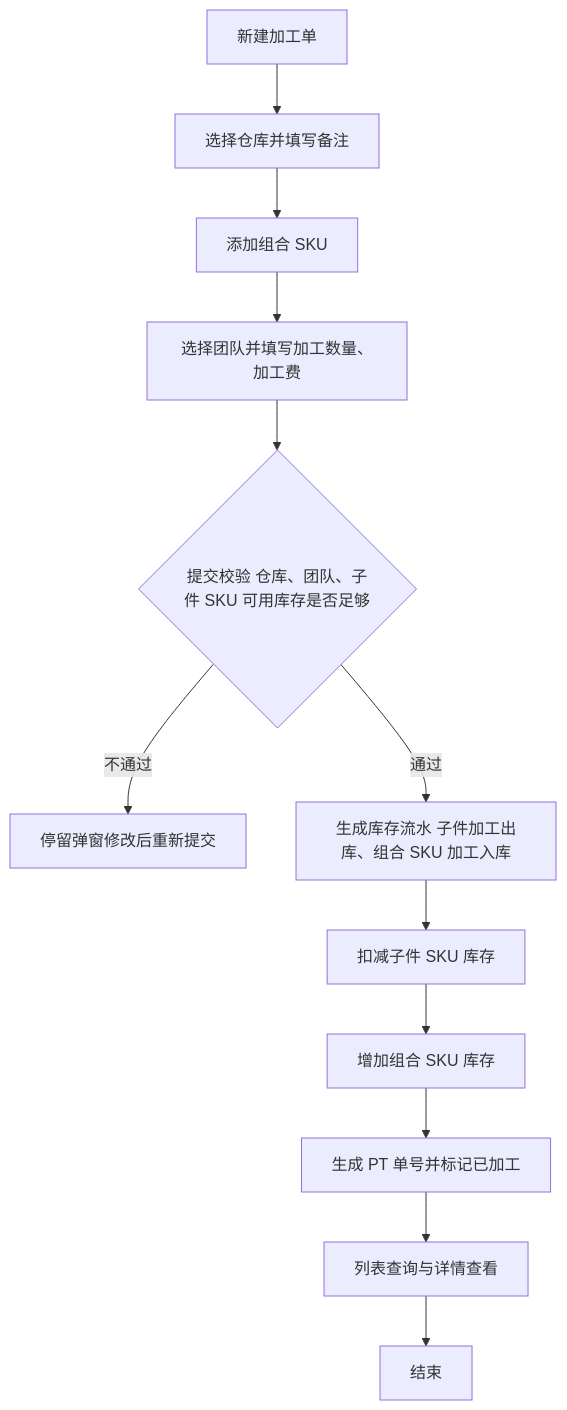
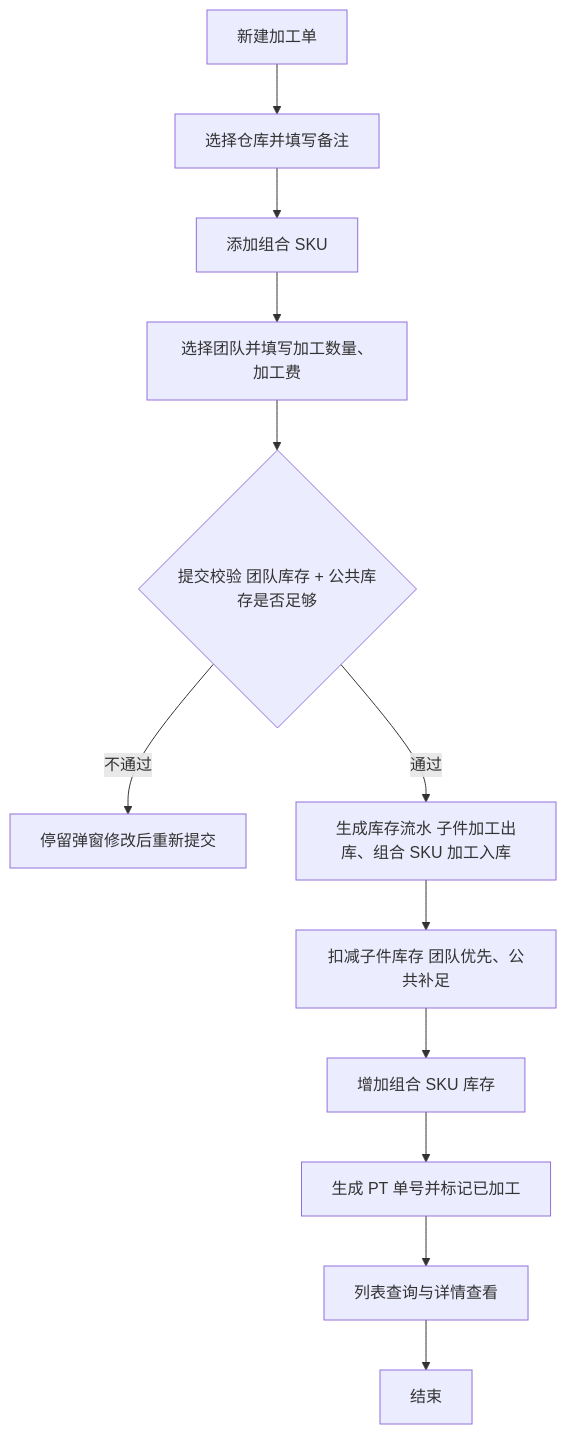
One commit to heiquanrenheiquanren-lab/Middle-Platform-Pages changed the first of 3 diagrams in PRD/加工单全流程管理 PRD.md. Above: the diagram before and after it, drawn with Mermaid. The commit also changed other lines of this file and 16 other files, not shown here.

````diff
--- a/PRD/加工单全流程管理 PRD.md
+++ b/PRD/加工单全流程管理 PRD.md
@@ -45,14 +47,14 @@
 ```mermaid
 flowchart TD
     A[新建加工单] --> B[选择仓库并填写备注]
     B --> C[添加组合 SKU]
     C --> D[选择团队并填写加工数量、加工费]
-    D --> E{提交校验 仓库、团队、子件 SKU 可用库存是否足够}
+    D --> E{提交校验 团队库存 + 公共库存是否足够}
     E -->|不通过| E1[停留弹窗修改后重新提交]
     E -->|通过| F[生成库存流水 子件加工出库、组合 SKU 加工入库]
-    F --> G[扣减子件 SKU 库存]
+    F --> G[扣减子件库存 团队优先、公共补足]
     G --> H[增加组合 SKU 库存]
     H --> I[生成 PT 单号并标记已加工]
     I --> J[列表查询与详情查看]
     J --> K[结束]
 ```
````
